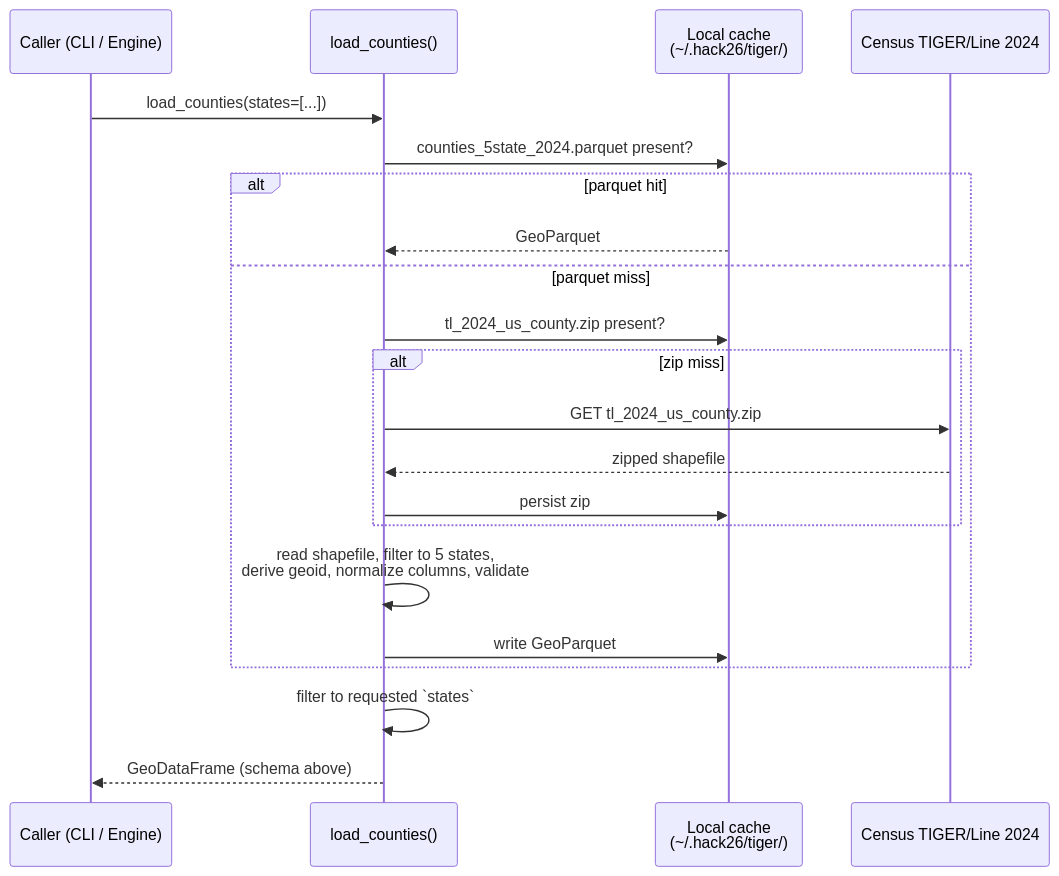
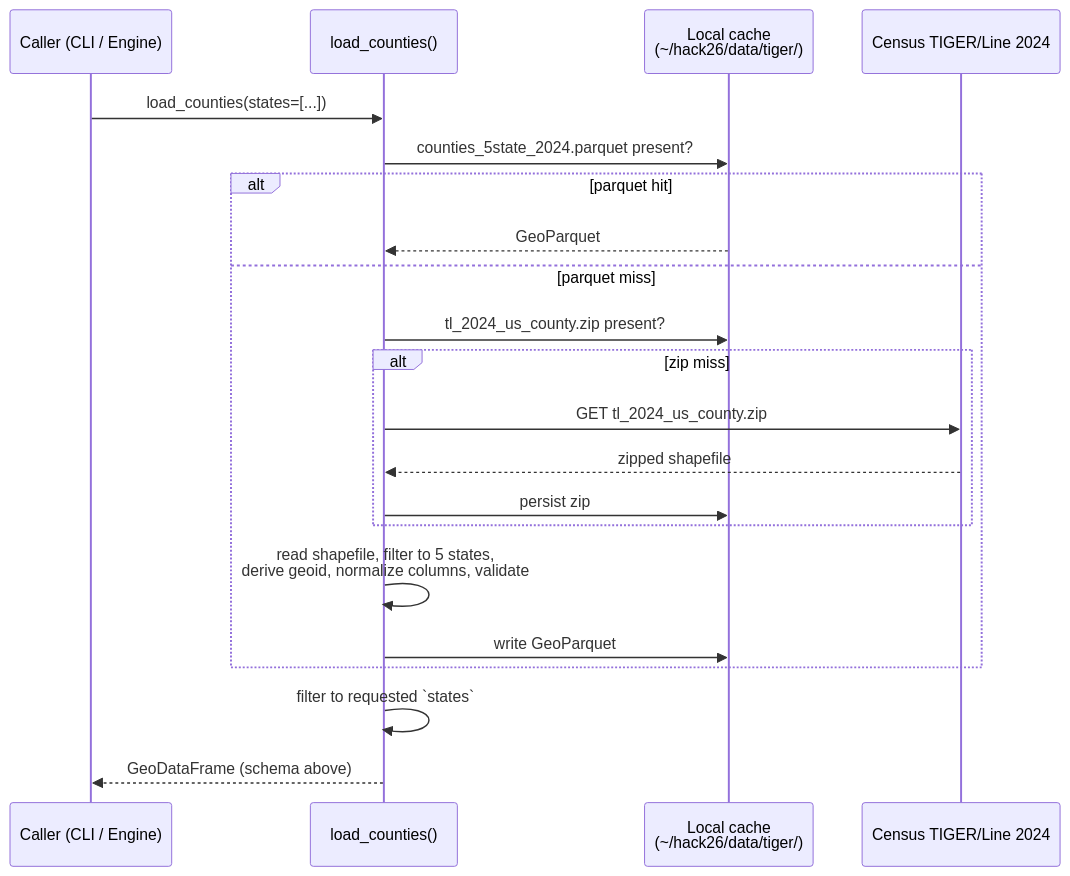
One commit to JakeAum/hack26 changed the second of 5 diagrams in software/SPEC.md. Above: the diagram before and after it, drawn with Mermaid. The commit also changed other lines of this file, not shown here.

````diff
--- a/software/SPEC.md
+++ b/software/SPEC.md
@@ -91,24 +166,24 @@
 ```mermaid
 sequenceDiagram
     participant Caller as Caller (CLI / Engine)
     participant Catalog as load_counties()
-    participant Cache as Local cache<br/>(~/.hack26/tiger/)
+    participant Cache as Local cache<br/>(~/hack26/data/tiger/)
     participant TIGER as Census TIGER/Line 2024
 
     Caller->>Catalog: load_counties(states=[...])
     Catalog->>Cache: counties_5state_2024.parquet present?
     alt parquet hit
         Cache-->>Catalog: GeoParquet
     else parquet miss
         Catalog->>Cache: tl_2024_us_county.zip present?
         alt zip miss
             Catalog->>TIGER: GET tl_2024_us_county.zip
             TIGER-->>Catalog: zipped shapefile
             Catalog->>Cache: persist zip
         end
         Catalog->>Catalog: read shapefile, filter to 5 states,<br/>derive geoid, normalize columns, validate
         Catalog->>Cache: write GeoParquet
     end
     Catalog->>Catalog: filter to requested `states`
     Catalog-->>Caller: GeoDataFrame (schema above)
 ```
````
